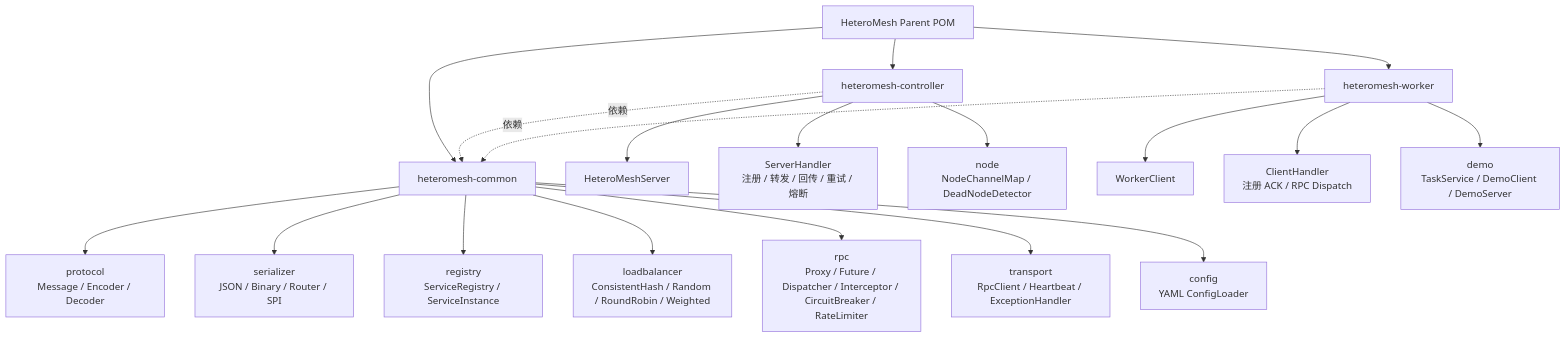
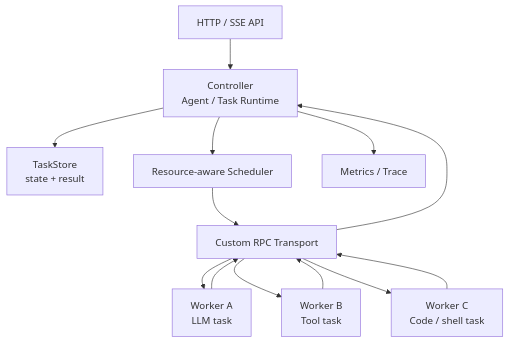
The second of 2 diagrams in Readme.md (hanxing-go/HeteroMesh), drawn with Mermaid before and after one commit. The commit also changed other lines of this file and 5 other files, not shown here.

Commit message:
Update agent runtime roadmap

````diff
--- a/Readme.md
+++ b/Readme.md
@@ -71,27 +111,20 @@
 ```mermaid
 flowchart TB
-    root["HeteroMesh Parent POM"]
+    api["HTTP / SSE API"] --> runtime["Controller<br/>Agent / Task Runtime"]
 
-    root --> common["heteromesh-common"]
-    root --> controller["heteromesh-controller"]
-    root --> worker["heteromesh-worker"]
+    runtime --> taskStore["TaskStore<br/>state + result"]
+    runtime --> scheduler["Resource-aware Scheduler"]
+    runtime --> metrics["Metrics / Trace"]
 
-    common --> protocol["protocol<br/>Message / Encoder / Decoder"]
-    common --> serializer["serializer<br/>JSON / Binary / Router / SPI"]
-    common --> registry["registry<br/>ServiceRegistry / ServiceInstance"]
-    common --> lb["loadbalancer<br/>ConsistentHash / Random / RoundRobin / Weighted"]
-    common --> rpc["rpc<br/>Proxy / Future / Dispatcher / Interceptor / CircuitBreaker / RateLimiter"]
-    common --> transport["transport<br/>RpcClient / Heartbeat / ExceptionHandler"]
-    common --> config["config<br/>YAML ConfigLoader"]
+    scheduler --> rpc["Custom RPC Transport"]
 
-    controller --> server["HeteroMeshServer"]
-    controller --> handler["ServerHandler<br/>注册 / 转发 / 回传 / 重试 / 熔断"]
-    controller --> node["node<br/>NodeChannelMap / DeadNodeDetector"]
+    rpc --> workerA["Worker A<br/>LLM task"]
+    rpc --> workerB["Worker B<br/>Tool task"]
+    rpc --> workerC["Worker C<br/>Code / shell task"]
 
-    worker --> workerClient["WorkerClient"]
-    worker --> clientHandler["ClientHandler<br/>注册 ACK / RPC Dispatch"]
-    worker --> demo["demo<br/>TaskService / DemoClient / DemoServer"]
+    workerA --> rpc
+    workerB --> rpc
+    workerC --> rpc
 
-    controller -.依赖.-> common
-    worker -.依赖.-> common
+    rpc --> runtime
 ```
````
